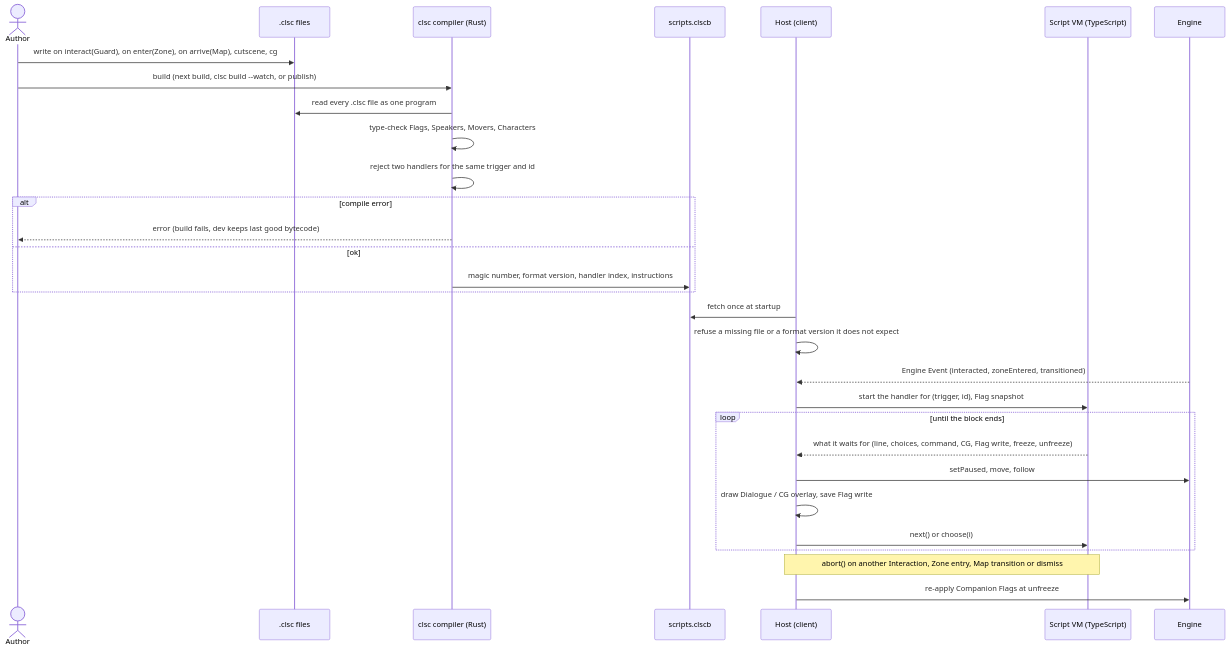
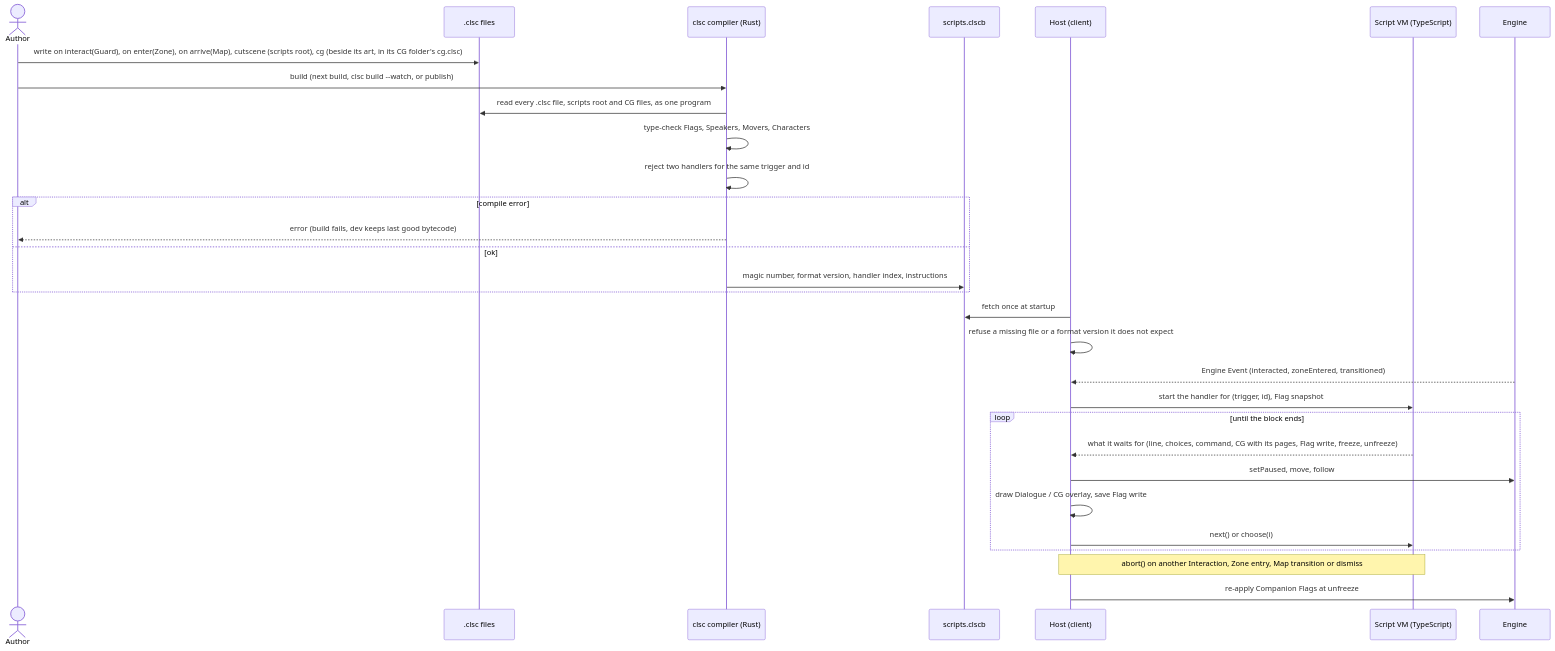
Before and after one commit to Palmkonde/rpg-webbase: the diagram in docs/mermaid/script-pipeline.md, drawn with Mermaid. The commit also changed 5 other files, not shown here.

First line of the commit message:
docs: a CG is declared beside its art and shows Captions

````diff
--- a/docs/mermaid/script-pipeline.md
+++ b/docs/mermaid/script-pipeline.md
@@ -1,33 +1,33 @@
 ```mermaid
 sequenceDiagram
   actor Author
   participant Src as .clsc files
   participant Compiler as clsc compiler (Rust)
   participant Bytecode as scripts.clscb
   participant Host as Host (client)
   participant VM as Script VM (TypeScript)
   participant Engine as Engine
 
-  Author->>Src: write on interact(Guard), on enter(Zone), on arrive(Map), cutscene, cg
+  Author->>Src: write on interact(Guard), on enter(Zone), on arrive(Map), cutscene (scripts root), cg (beside its art, in its CG folder's cg.clsc)
   Author->>Compiler: build (next build, clsc build --watch, or publish)
-  Compiler->>Src: read every .clsc file as one program
+  Compiler->>Src: read every .clsc file, scripts root and CG files, as one program
   Compiler->>Compiler: type-check Flags, Speakers, Movers, Characters
   Compiler->>Compiler: reject two handlers for the same trigger and id
   alt compile error
     Compiler-->>Author: error (build fails, dev keeps last good bytecode)
   else ok
     Compiler->>Bytecode: magic number, format version, handler index, instructions
   end
   Host->>Bytecode: fetch once at startup
   Host->>Host: refuse a missing file or a format version it does not expect
   Engine-->>Host: Engine Event (interacted, zoneEntered, transitioned)
   Host->>VM: start the handler for (trigger, id), Flag snapshot
   loop until the block ends
-    VM-->>Host: what it waits for (line, choices, command, CG, Flag write, freeze, unfreeze)
+    VM-->>Host: what it waits for (line, choices, command, CG with its pages, Flag write, freeze, unfreeze)
     Host->>Engine: setPaused, move, follow
     Host->>Host: draw Dialogue / CG overlay, save Flag write
     Host->>VM: next() or choose(i)
   end
   Note over Host,VM: abort() on another Interaction, Zone entry, Map transition or dismiss
   Host->>Engine: re-apply Companion Flags at unfreeze
 ```
````
